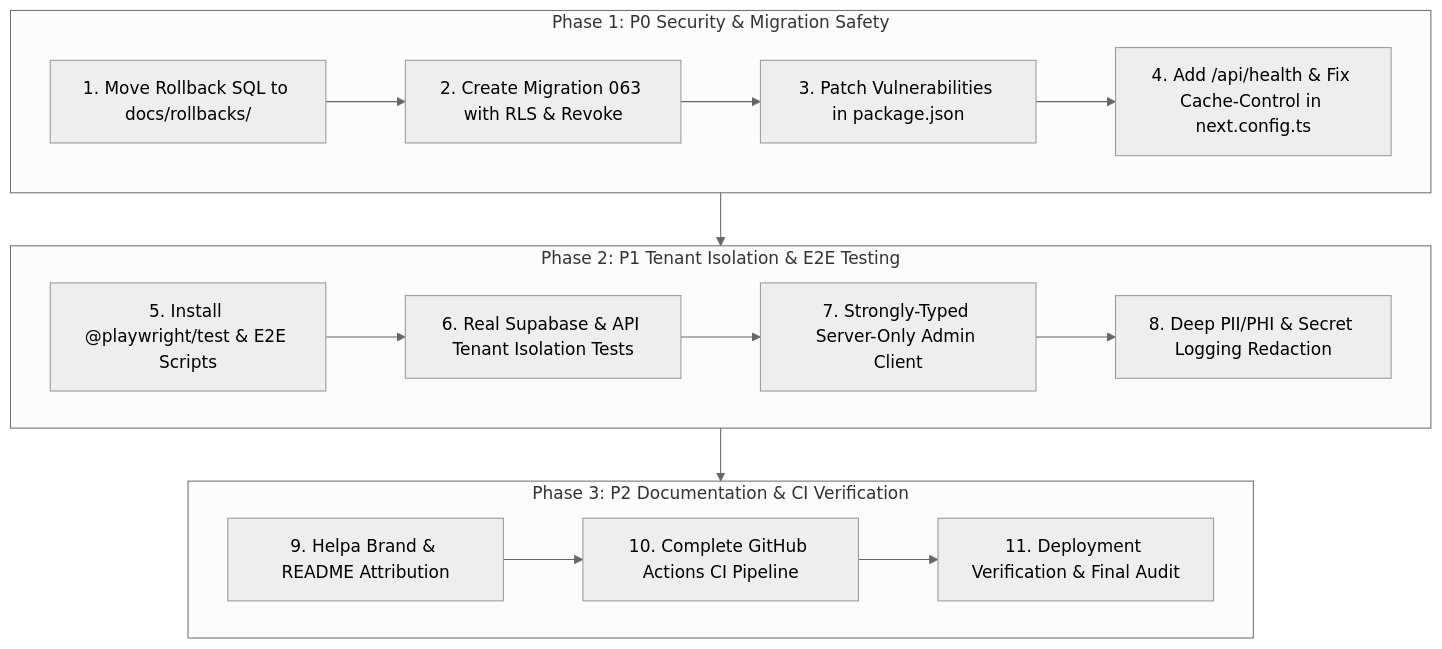
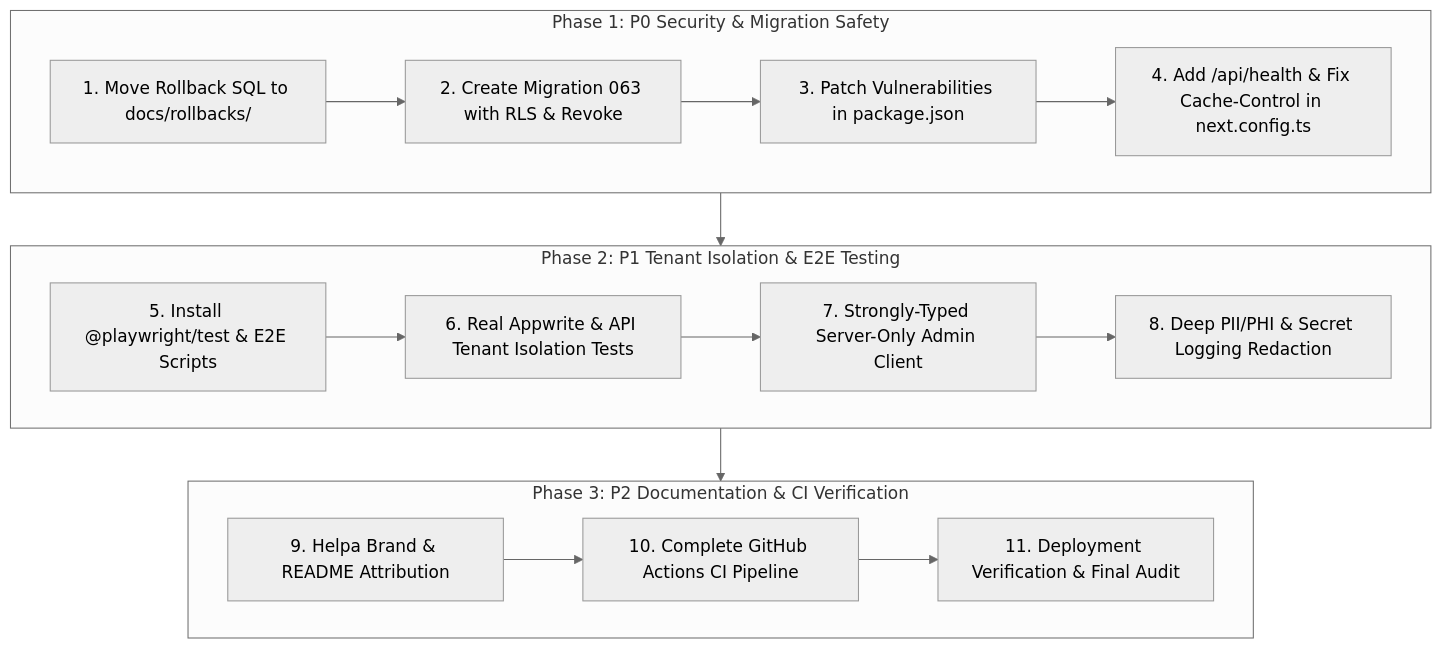
The diagram in docs/remediation/REMEDIATION_PLAN.md (imsusanta/helpa), drawn with Mermaid (neutral theme) before and after one commit. The commit also changed other lines of this file and 121 other files, not shown here.

````diff
--- a/docs/remediation/REMEDIATION_PLAN.md
+++ b/docs/remediation/REMEDIATION_PLAN.md
@@ -39,22 +39,22 @@
 ```mermaid
 graph TD
     subgraph P0_Blockers["Phase 1: P0 Security & Migration Safety"]
         M1[1. Move Rollback SQL to docs/rollbacks/] --> M2[2. Create Migration 063 with RLS & Revoke]
         M2 --> M3[3. Patch Vulnerabilities in package.json]
         M3 --> M4[4. Add /api/health & Fix Cache-Control in next.config.ts]
     end
 
     subgraph P1_Reliability["Phase 2: P1 Tenant Isolation & E2E Testing"]
-        T1[5. Install @playwright/test & E2E Scripts] --> T2[6. Real Supabase & API Tenant Isolation Tests]
+        T1[5. Install @playwright/test & E2E Scripts] --> T2[6. Real Appwrite & API Tenant Isolation Tests]
         T2 --> T3[7. Strongly-Typed Server-Only Admin Client]
         T3 --> T4[8. Deep PII/PHI & Secret Logging Redaction]
     end
 
     subgraph P2_Delivery["Phase 3: P2 Documentation & CI Verification"]
         D1[9. Helpa Brand & README Attribution] --> D2[10. Complete GitHub Actions CI Pipeline]
         D2 --> D3[11. Deployment Verification & Final Audit]
     end
 
     P0_Blockers --> P1_Reliability
     P1_Reliability --> P2_Delivery
 ```
````
